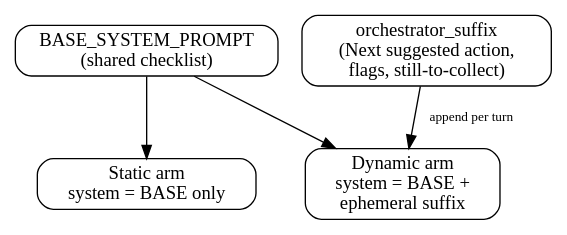
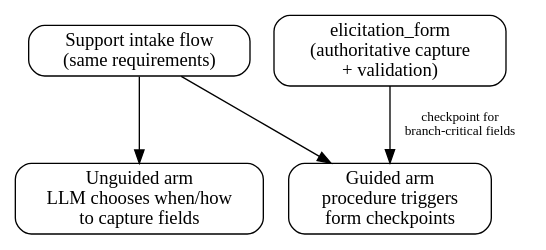
The diagram in docs/paper/diagrams/prompt_assembly.dot (AnthusAI/guided-conversation-demo), drawn with Graphviz before and after one commit. The commit also changed 25 other files, not shown here.

```diff
--- a/docs/paper/diagrams/prompt_assembly.dot
+++ b/docs/paper/diagrams/prompt_assembly.dot
@@ -1,15 +1,15 @@
-// Static vs dynamic system prompt for the guide agent (A/B).
+// Guided vs unguided elicitation-style checkpoints (A/B).
 digraph prompt_assembly {
   rankdir=TB;
   node [shape=box, style=rounded];
   edge [fontsize=10];
 
-  Base [label="BASE_SYSTEM_PROMPT\n(shared checklist)"];
-  Static [label="Static arm\nsystem = BASE only"];
-  Dyn [label="Dynamic arm\nsystem = BASE +\nephemeral suffix"];
-  Suf [label="orchestrator_suffix\n(Next suggested action,\nflags, still-to-collect)"];
+  Flow [label="Support intake flow\n(same requirements)"];
+  Ung [label="Unguided arm\nLLM chooses when/how\nto capture fields"];
+  Gd [label="Guided arm\nprocedure triggers\nform checkpoints"];
+  Form [label="elicitation_form\n(authoritative capture\n+ validation)"];
 
-  Base -> Static;
-  Base -> Dyn;
-  Suf -> Dyn [label="append per turn"];
+  Flow -> Ung;
+  Flow -> Gd;
+  Form -> Gd [label="checkpoint for\nbranch-critical fields"];
 }
```
